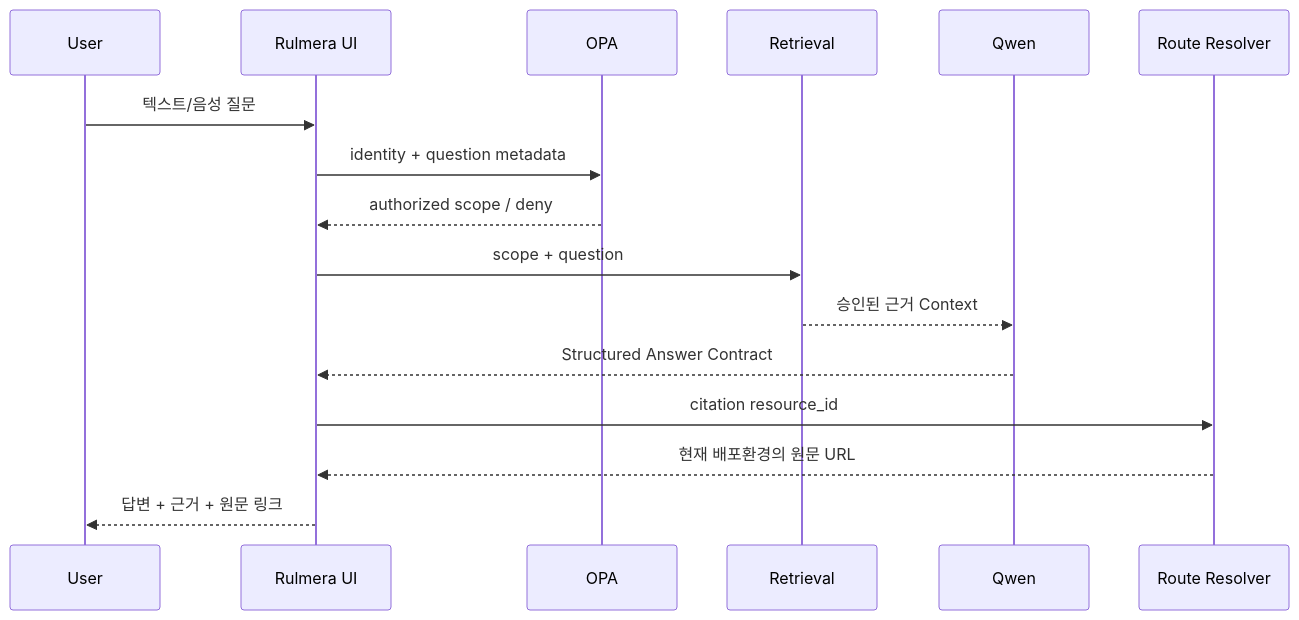
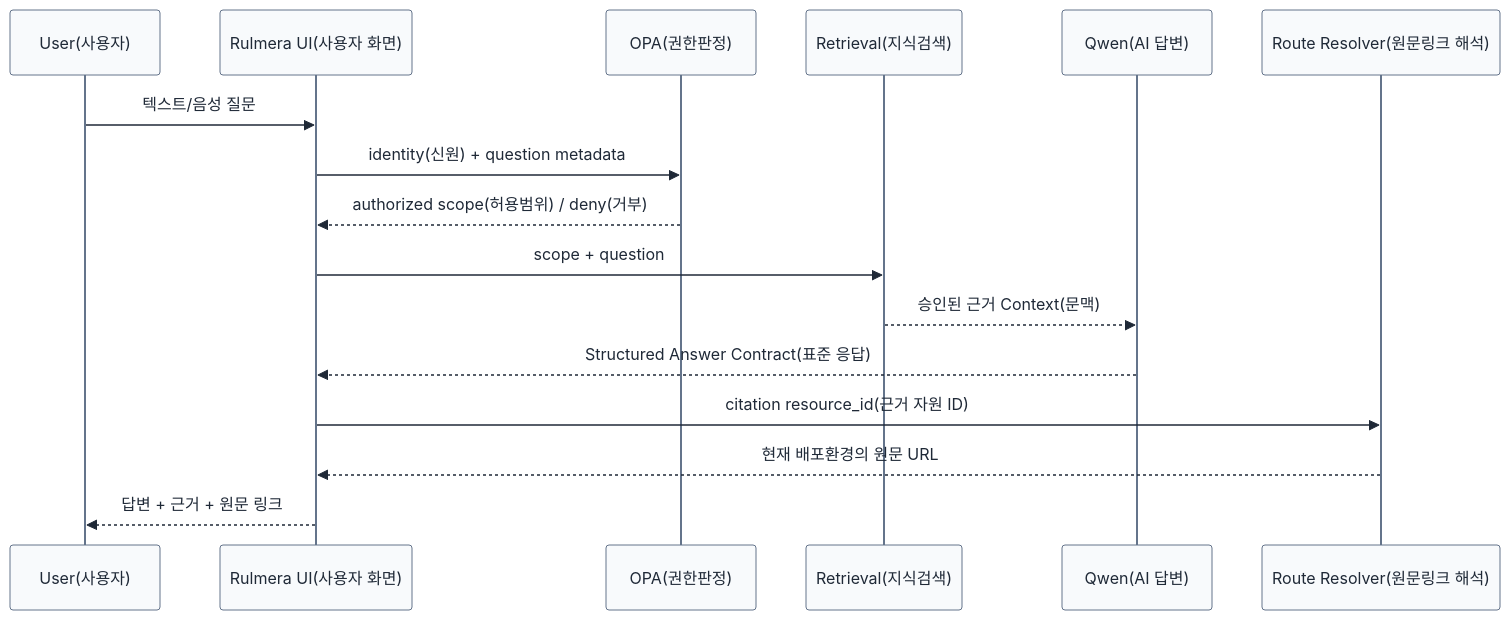
The second of 2 diagrams in rulmera-enterprise-knowledge/20-설계/01-전체-아키텍처.md (hori5000/Rulmera-OPA), drawn with Mermaid before and after one commit. The commit also changed other lines of this file and 63 other files, not shown here.

Commit message:
Sync Rulmera-OPA 전체 Vault 2026-09-17 10:25:49

````diff
--- a/rulmera-enterprise-knowledge/20-설계/01-전체-아키텍처.md
+++ b/rulmera-enterprise-knowledge/20-설계/01-전체-아키텍처.md
@@ -79,19 +111,20 @@
 ```mermaid
+%%{init: {"theme":"base","themeVariables":{"primaryColor":"#F8FAFC","primaryTextColor":"#1F2937","primaryBorderColor":"#64748B","lineColor":"#64748B","secondaryColor":"#EAF4FF","tertiaryColor":"#EAFBF2","clusterBkg":"#F8FAFC","clusterBorder":"#CBD5E1","fontSize":"15px"}} }%%
 sequenceDiagram
-  participant U as User
-  participant UI as Rulmera UI
-  participant O as OPA
-  participant R as Retrieval
-  participant Q as Qwen
-  participant L as Route Resolver
+  participant U as User(사용자)
+  participant UI as Rulmera UI(사용자 화면)
+  participant O as OPA(권한판정)
+  participant R as Retrieval(지식검색)
+  participant Q as Qwen(AI 답변)
+  participant L as Route Resolver(원문링크 해석)
 
   U->>UI: 텍스트/음성 질문
-  UI->>O: identity + question metadata
-  O-->>UI: authorized scope / deny
+  UI->>O: identity(신원) + question metadata
+  O-->>UI: authorized scope(허용범위) / deny(거부)
   UI->>R: scope + question
-  R-->>Q: 승인된 근거 Context
-  Q-->>UI: Structured Answer Contract
-  UI->>L: citation resource_id
+  R-->>Q: 승인된 근거 Context(문맥)
+  Q-->>UI: Structured Answer Contract(표준 응답)
+  UI->>L: citation resource_id(근거 자원 ID)
   L-->>UI: 현재 배포환경의 원문 URL
   UI-->>U: 답변 + 근거 + 원문 링크
 ```
````
